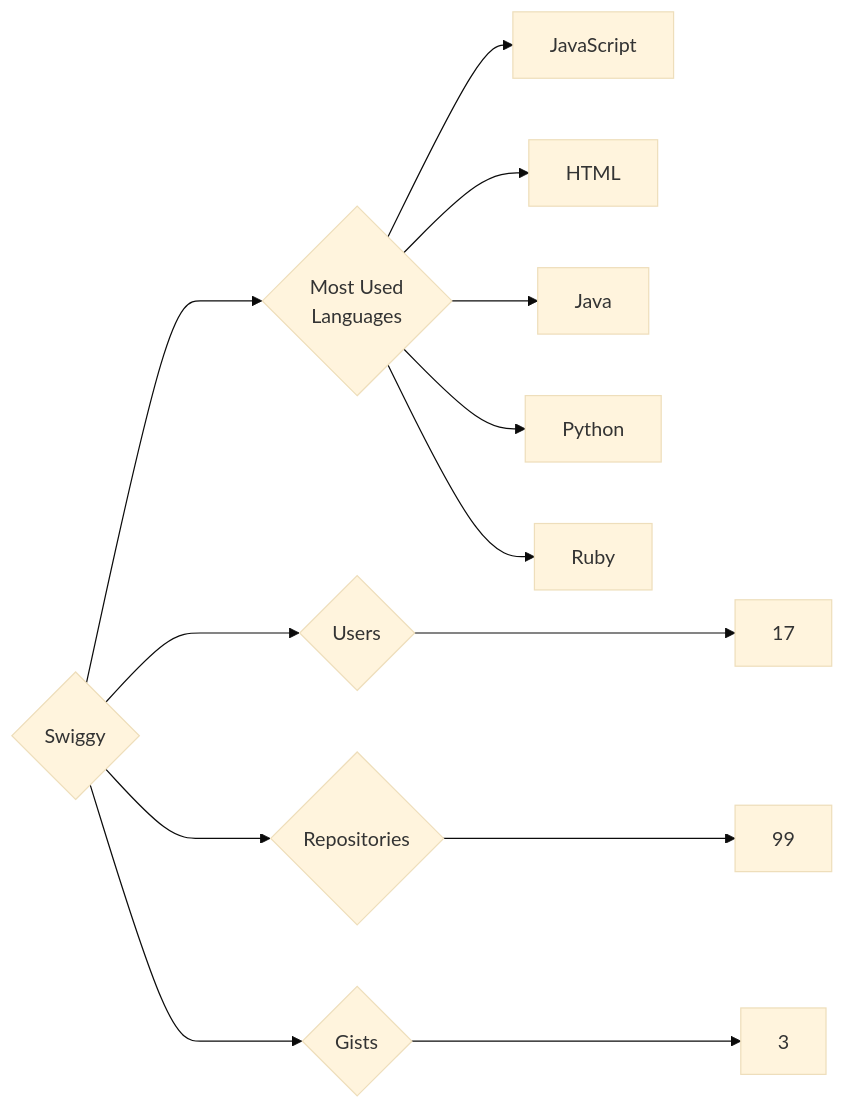
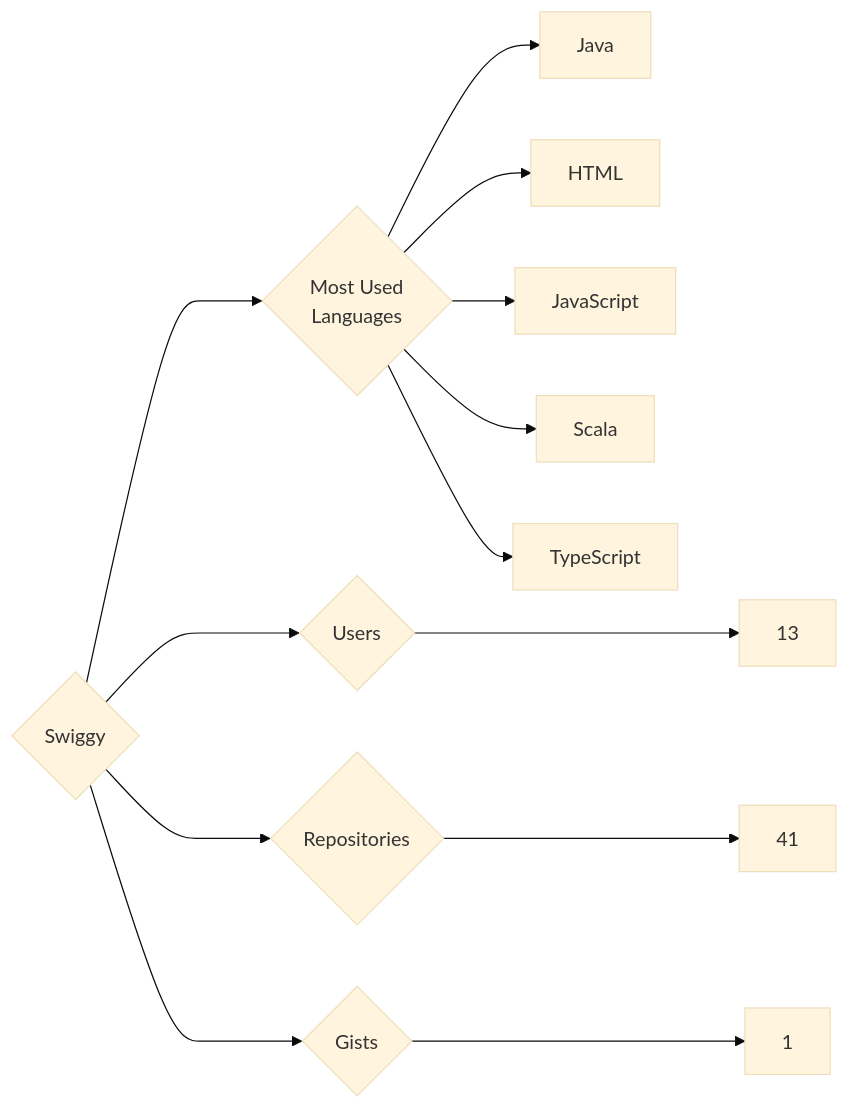
The diagram in targets/Swiggy/README.md (trickest/insiders), drawn with Mermaid (base theme) before and after one commit. The commit also changed 995 other files, not shown here.

````diff
--- a/targets/Swiggy/README.md
+++ b/targets/Swiggy/README.md
@@ -3,13 +3,13 @@
 ```mermaid
 graph LR
 COMPANY_NAME{Swiggy}
-COMPANY_NAME ---> U{Users} ---> UN[17]
-COMPANY_NAME ---> R{Repositories} ---> RN[99]
-COMPANY_NAME ---> G{Gists} ---> GN[3]
+COMPANY_NAME ---> U{Users} ---> UN[13]
+COMPANY_NAME ---> R{Repositories} ---> RN[41]
+COMPANY_NAME ---> G{Gists} ---> GN[1]
 COMPANY_NAME ---> ML{Most Used<br>Languages}
+ML --> Java[Java]
+ML --> HTML[HTML]
 ML --> JavaScript[JavaScript]
-ML --> HTML[HTML]
-ML --> Java[Java]
-ML --> Python[Python]
-ML --> Ruby[Ruby]
+ML --> Scala[Scala]
+ML --> TypeScript[TypeScript]
 ```
````
